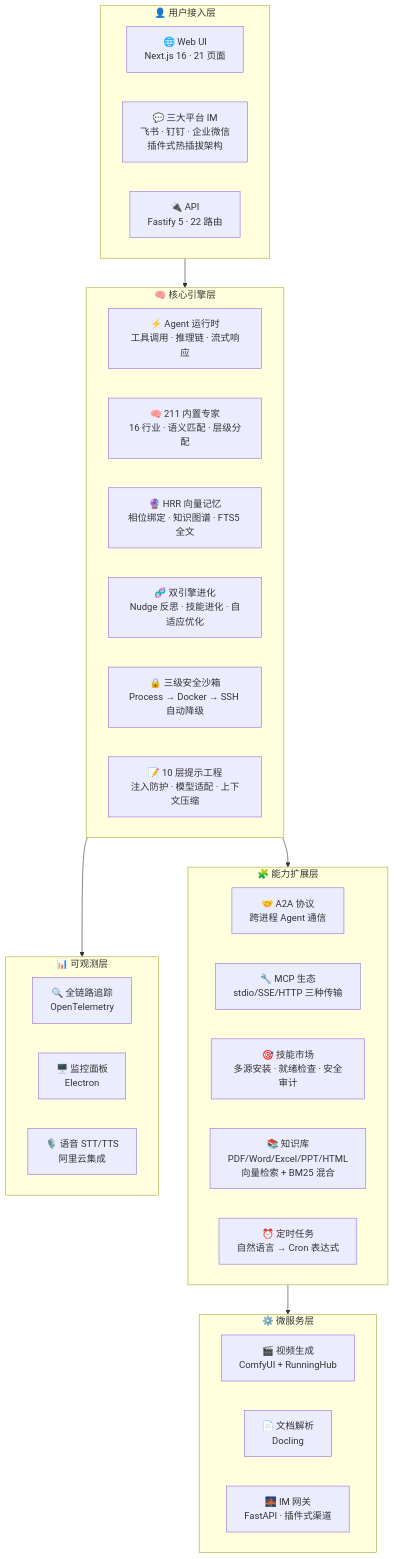
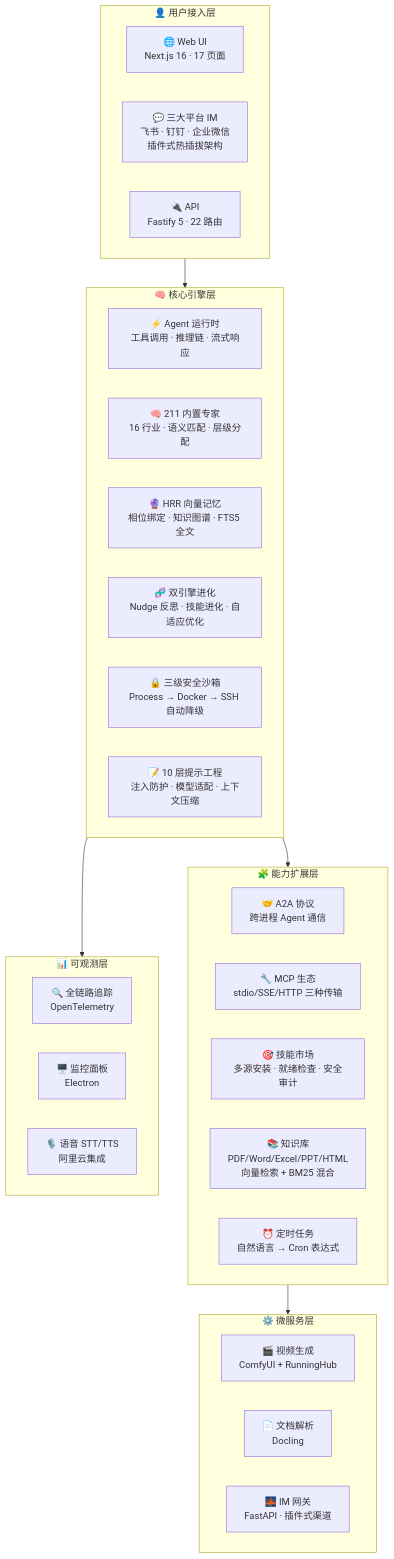
Before and after one commit to Louis830903/Super-Loong: the diagram in README.md, drawn with Mermaid. The commit also changed other lines of this file and 14 other files, not shown here.

````diff
--- a/README.md
+++ b/README.md
@@ -64,42 +64,42 @@
 ```mermaid
 graph TB
     subgraph 用户层["👤 用户接入层"]
-        WebUI["🌐 Web UI<br/>Next.js 16 · 21 页面"]
+        WebUI["🌐 Web UI<br/>Next.js 16 · 17 页面"]
         IM["💬 三大平台 IM<br/>飞书 · 钉钉 · 企业微信<br/>插件式热插拔架构"]
         API["🔌 API<br/>Fastify 5 · 22 路由"]
     end
 
     subgraph 核心层["🧠 核心引擎层"]
         Runtime["⚡ Agent 运行时<br/>工具调用 · 推理链 · 流式响应"]
         Experts["🧠 211 内置专家<br/>16 行业 · 语义匹配 · 层级分配"]
         Memory["🔮 HRR 向量记忆<br/>相位绑定 · 知识图谱 · FTS5 全文"]
         Evolution["🧬 双引擎进化<br/>Nudge 反思 · 技能进化 · 自适应优化"]
         Sandbox["🔒 三级安全沙箱<br/>Process → Docker → SSH 自动降级"]
         Prompt["📝 10 层提示工程<br/>注入防护 · 模型适配 · 上下文压缩"]
     end
 
     subgraph 能力层["🧩 能力扩展层"]
         A2A["🤝 A2A 协议<br/>跨进程 Agent 通信"]
         MCP["🔧 MCP 生态<br/>stdio/SSE/HTTP 三种传输"]
         Skills["🎯 技能市场<br/>多源安装 · 就绪检查 · 安全审计"]
         KB["📚 知识库<br/>PDF/Word/Excel/PPT/HTML<br/>向量检索 + BM25 混合"]
         Cron["⏰ 定时任务<br/>自然语言 → Cron 表达式"]
     end
 
     subgraph 服务层["⚙️ 微服务层"]
         Video["🎬 视频生成<br/>ComfyUI + RunningHub"]
         KBParser["📄 文档解析<br/>Docling"]
         Gateway["🌉 IM 网关<br/>FastAPI · 插件式渠道"]
     end
 
     subgraph 观测层["📊 可观测层"]
         Tracing["🔍 全链路追踪<br/>OpenTelemetry"]
         Monitor["🖥️ 监控面板<br/>Electron"]
         TTS["🎙️ 语音 STT/TTS<br/>阿里云集成"]
     end
 
     用户层 --> 核心层
     核心层 --> 能力层
     能力层 --> 服务层
     核心层 --> 观测层
 ```
````
